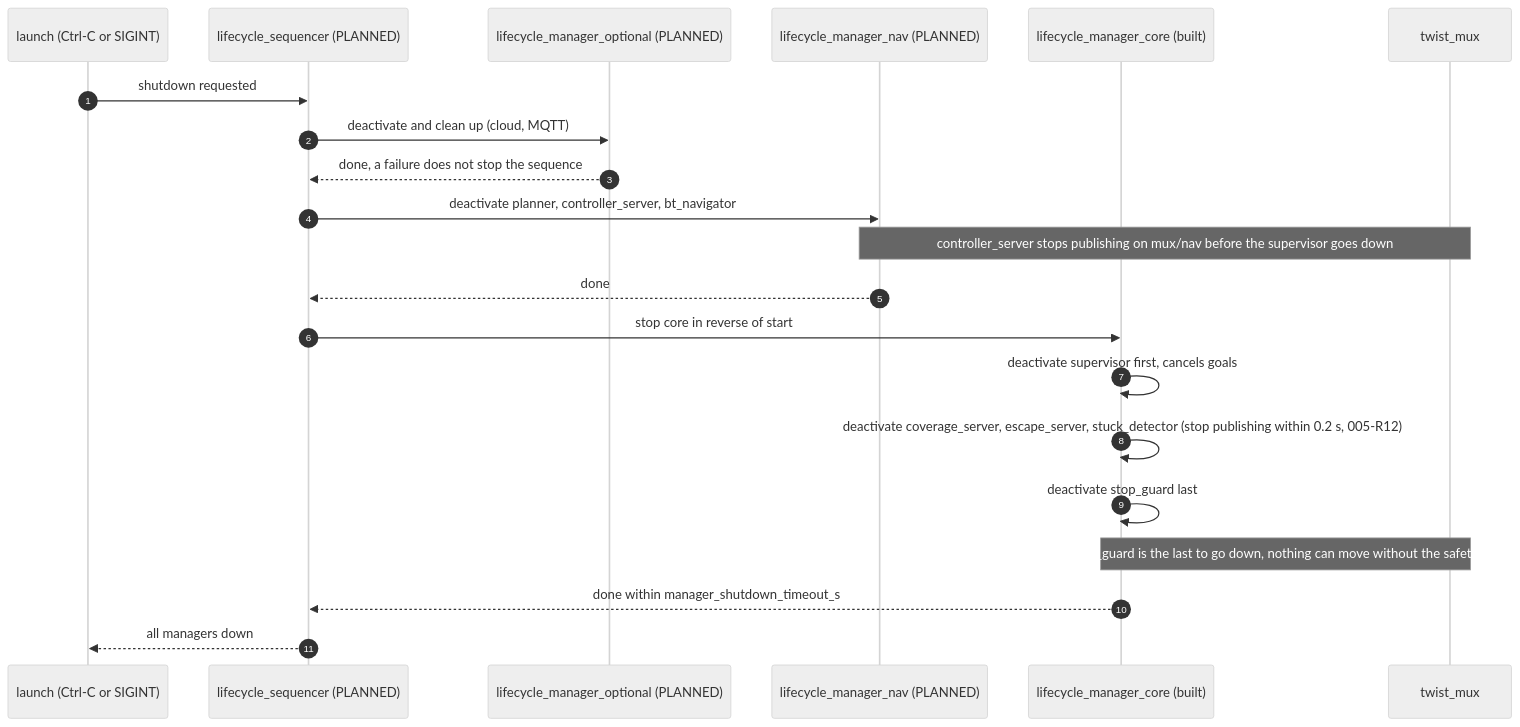
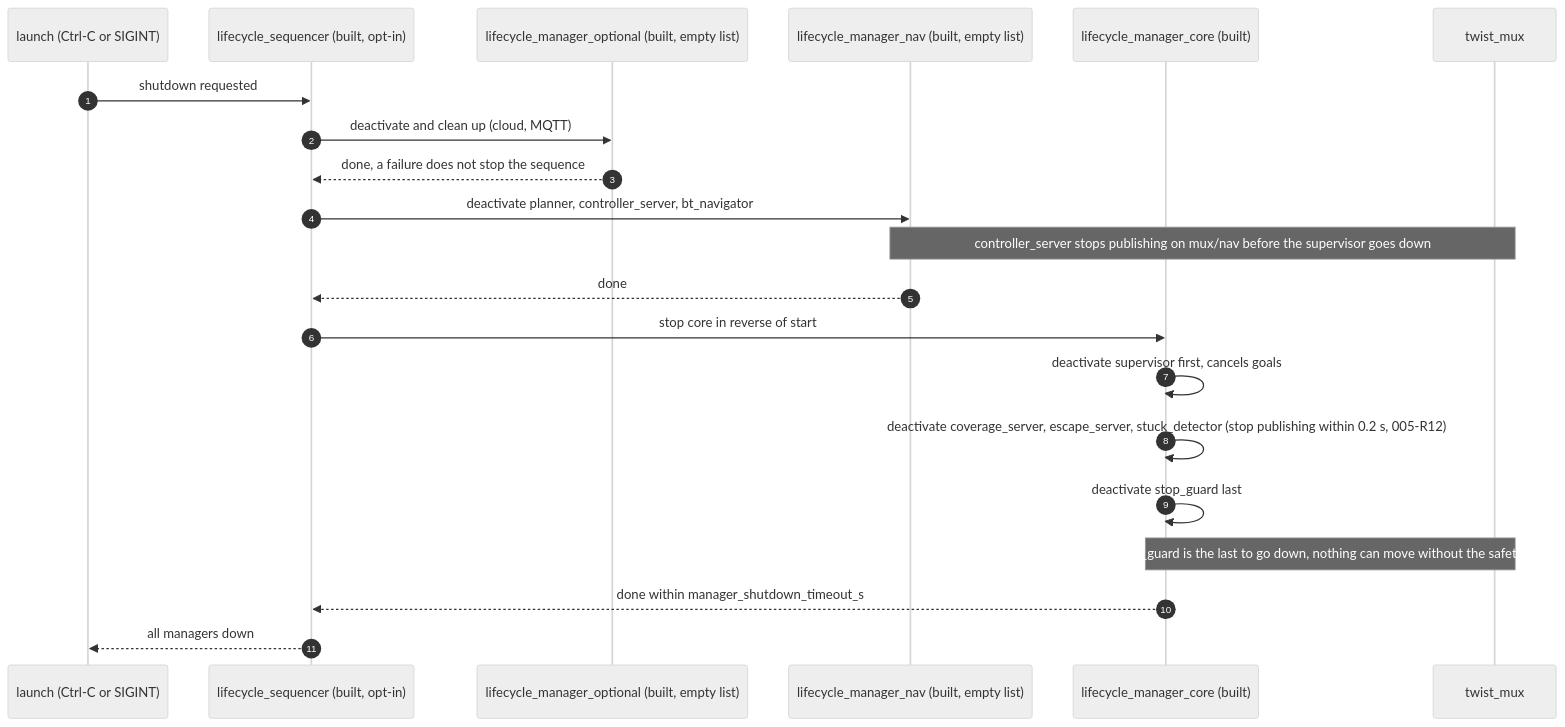
One commit to Rodolfodc/kuberostics changed the diagram in docs/diagrams/built-so-far-seq5-shutdown.mmd. Above: the diagram before and after it, drawn with Mermaid (neutral theme). The commit also changed 21 other files, not shown here.

First line of the commit message:
Refresh built-so-far diagrams against main 59fdd2b

```diff
--- a/docs/diagrams/built-so-far-seq5-shutdown.mmd
+++ b/docs/diagrams/built-so-far-seq5-shutdown.mmd
@@ -1,23 +1,23 @@
-%% Sequence 5: orderly shutdown in reverse order. Planned (005-R37, PR #12): today the launch just stops processes and stop_guard has SIGINT hardening in PR #10.
+%% Sequence 5: orderly shutdown in reverse order. Built in the lifecycle_sequencer (005-R37, PR #25), used only with with_sequencer:=true; without it the launch just stops processes, and stop_guard has SIGINT hardening (PR #10).
 sequenceDiagram
   autonumber
   participant L as launch (Ctrl-C or SIGINT)
-  participant SQ as lifecycle_sequencer (PLANNED)
-  participant OP as lifecycle_manager_optional (PLANNED)
-  participant NV as lifecycle_manager_nav (PLANNED)
+  participant SQ as lifecycle_sequencer (built, opt-in)
+  participant OP as lifecycle_manager_optional (built, empty list)
+  participant NV as lifecycle_manager_nav (built, empty list)
   participant CO as lifecycle_manager_core (built)
   participant M as twist_mux
 
   L->>SQ: shutdown requested
   SQ->>OP: deactivate and clean up (cloud, MQTT)
   OP-->>SQ: done, a failure does not stop the sequence
   SQ->>NV: deactivate planner, controller_server, bt_navigator
   Note over NV,M: controller_server stops publishing on mux/nav before the supervisor goes down
   NV-->>SQ: done
   SQ->>CO: stop core in reverse of start
   CO->>CO: deactivate supervisor first, cancels goals
   CO->>CO: deactivate coverage_server, escape_server, stuck_detector (stop publishing within 0.2 s, 005-R12)
   CO->>CO: deactivate stop_guard last
   Note over CO,M: stop_guard is the last to go down, nothing can move without the safety net
   CO-->>SQ: done within manager_shutdown_timeout_s
   SQ-->>L: all managers down
```
